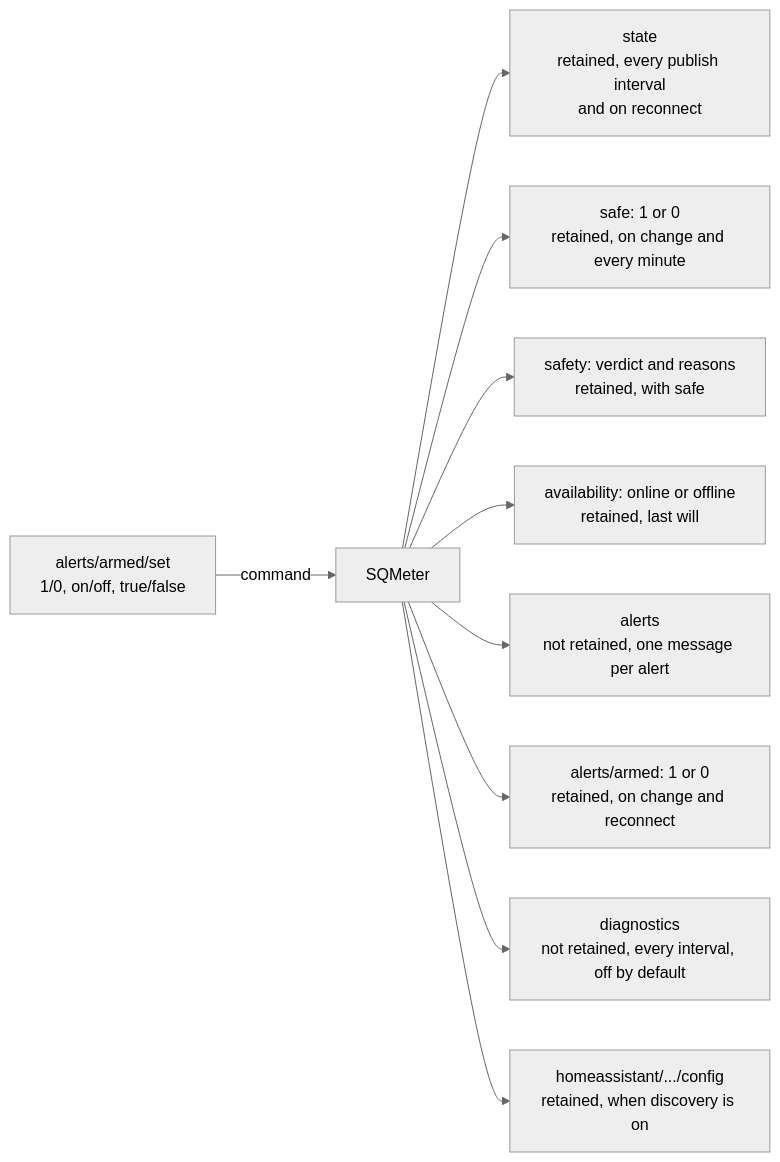
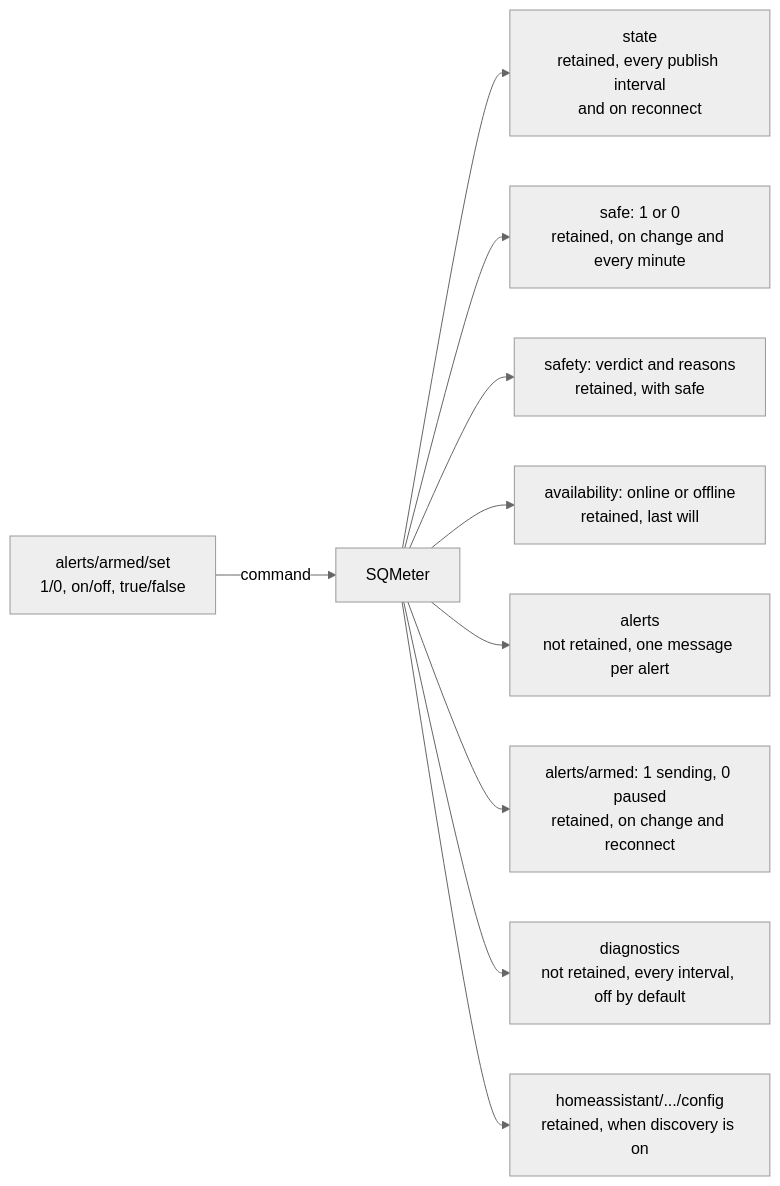
The diagram in docs/user-guide/mqtt.md (DeanJ87/SQMeter), drawn with Mermaid (neutral theme) before and after one commit. The commit also changed other lines of this file and 8 other files, not shown here.

First line of the commit message:
Merge origin/main (spec 024 diagrams); diagrams follow the alert schedule

````diff
--- a/docs/user-guide/mqtt.md
+++ b/docs/user-guide/mqtt.md
@@ -56,14 +56,14 @@
 ```mermaid
 flowchart LR
     accTitle: MQTT topic map
     accDescr: SQMeter listens on alerts/armed/set and publishes state, safe, safety, availability, alerts, alerts/armed and diagnostics under its base topic, plus Home Assistant discovery under the discovery prefix.
     SET["alerts/armed/set<br/>1/0, on/off, true/false"] -->|command| D["SQMeter"]
     D --> STATE["state<br/>retained, every publish interval<br/>and on reconnect"]
     D --> SAFE["safe: 1 or 0<br/>retained, on change and every minute"]
     D --> SAFETY["safety: verdict and reasons<br/>retained, with safe"]
     D --> AVAIL["availability: online or offline<br/>retained, last will"]
     D --> ALERTS["alerts<br/>not retained, one message per alert"]
-    D --> ARMED["alerts/armed: 1 or 0<br/>retained, on change and reconnect"]
+    D --> ARMED["alerts/armed: 1 sending, 0 paused<br/>retained, on change and reconnect"]
     D --> DIAG["diagnostics<br/>not retained, every interval, off by default"]
     D --> DISC["homeassistant/.../config<br/>retained, when discovery is on"]
 ```
````
